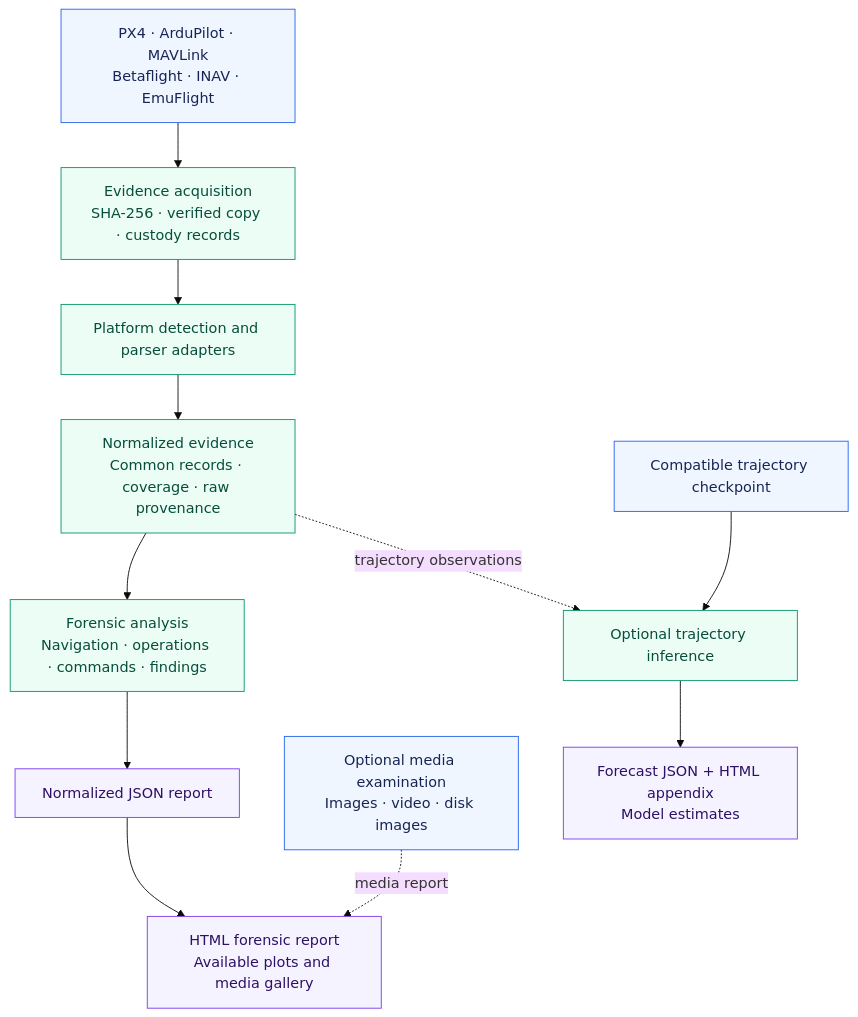
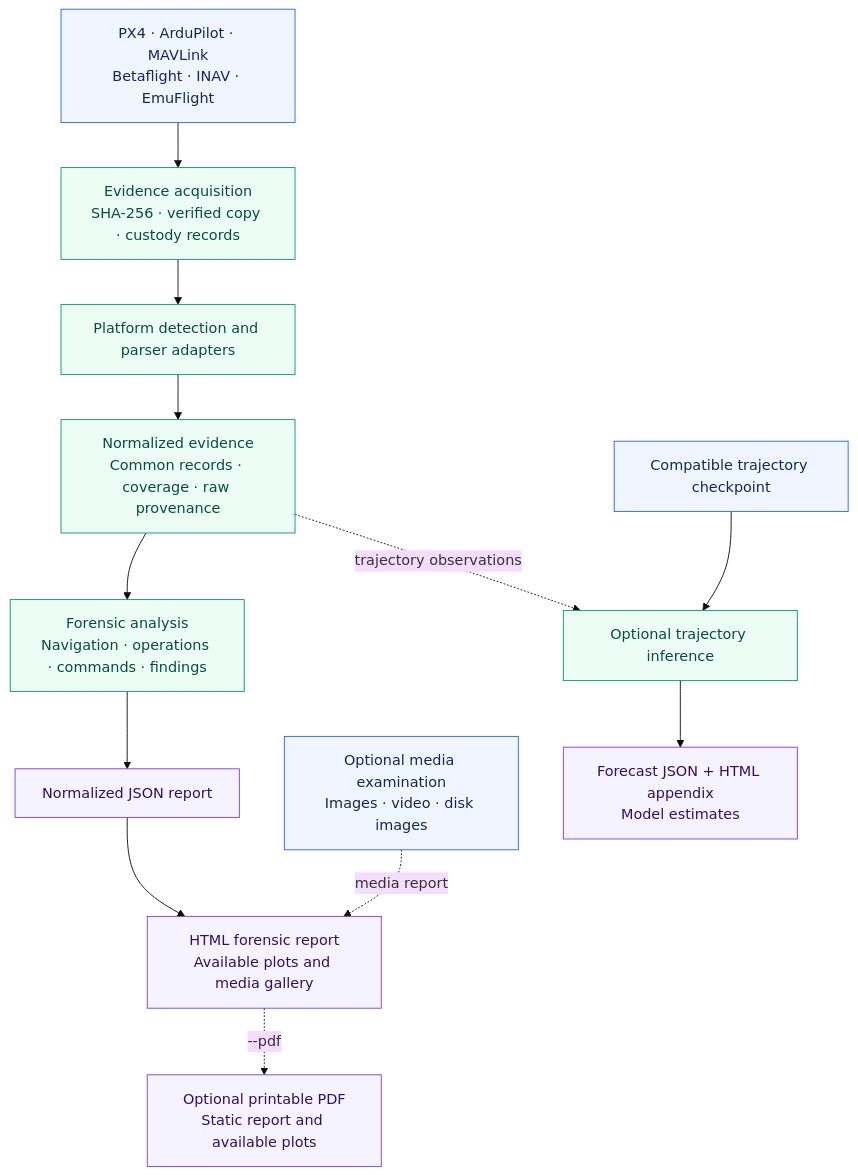
The first of 4 diagrams in README.md (aeolusBPHC/Competition_IIT_Bombay_Techfest_Forensics), drawn with Mermaid (base theme) before and after one commit. The commit also changed other lines of this file and 8 other files, not shown here.

Commit message:
Add optional PDF forensic and trajectory reports

````diff
--- a/README.md
+++ b/README.md
@@ -28,26 +28,28 @@
 ```mermaid
 flowchart TD
     Logs["PX4 · ArduPilot · MAVLink<br/>Betaflight · INAV · EmuFlight"]
     Acquire["Evidence acquisition<br/>SHA-256 · verified copy · custody records"]
     Parsers["Platform detection and parser adapters"]
     Evidence["Normalized evidence<br/>Common records · coverage · raw provenance"]
     Analysis["Forensic analysis<br/>Navigation · operations · commands · findings"]
     JSON["Normalized JSON report"]
     HTML["HTML forensic report<br/>Available plots and media gallery"]
+    PDF["Optional printable PDF<br/>Static report and available plots"]
     Media["Optional media examination<br/>Images · video · disk images"]
     Model["Compatible trajectory checkpoint"]
     Forecast["Optional trajectory inference"]
     Appendix["Forecast JSON + HTML appendix<br/>Model estimates"]
 
     Logs --> Acquire --> Parsers --> Evidence --> Analysis --> JSON --> HTML
     Media -. "media report" .-> HTML
+    HTML -. "--pdf" .-> PDF
     Evidence -. "trajectory observations" .-> Forecast
     Model --> Forecast --> Appendix
 
     classDef input fill:#eff6ff,stroke:#2563eb,color:#172554
     classDef processing fill:#ecfdf5,stroke:#059669,color:#064e3b
     classDef output fill:#f5f3ff,stroke:#7c3aed,color:#2e1065
     class Logs,Media,Model input
     class Acquire,Parsers,Evidence,Analysis,Forecast processing
-    class JSON,HTML,Appendix output
+    class JSON,HTML,PDF,Appendix output
 ```
````
